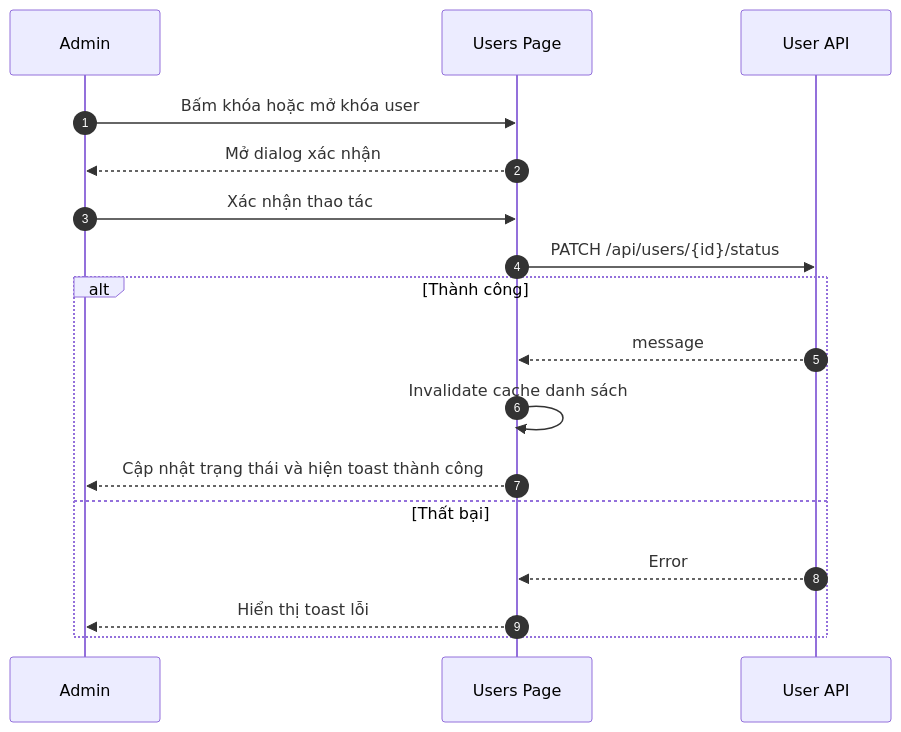
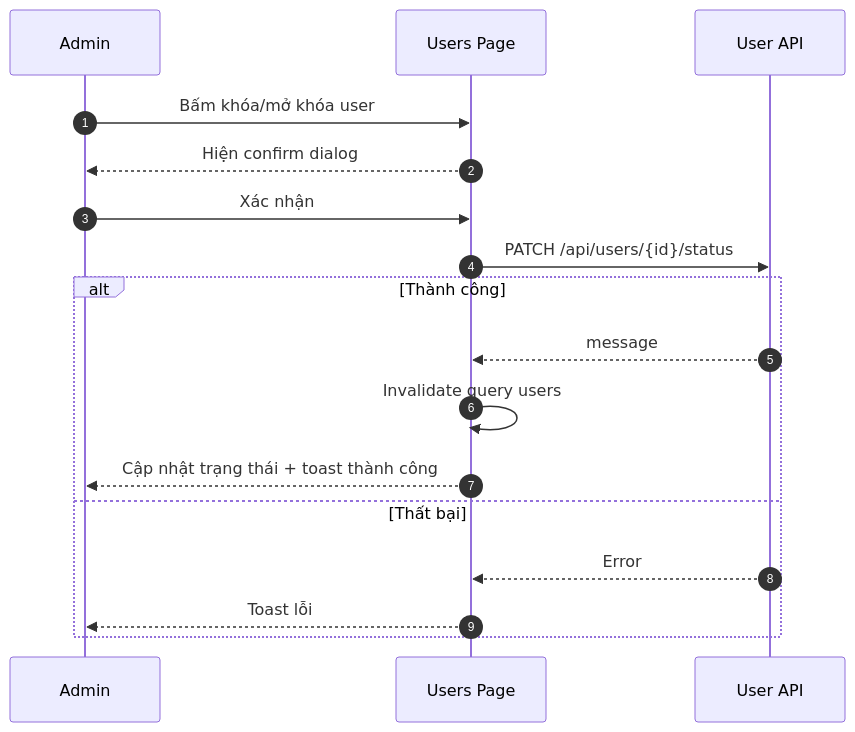
Diagram 14 of 24 in docs/sequence/flow-admin.md (sangnp-s-organiztion/food-market-narrator), drawn with Mermaid before and after one commit. The commit also changed other lines of this file and 3 other files, not shown here.

Commit message:
cập nhật flow-admin

````diff
--- a/docs/sequence/flow-admin.md
+++ b/docs/sequence/flow-admin.md
@@ -337,20 +289,20 @@
 ```mermaid
 sequenceDiagram
     autonumber
     participant U as Admin
     participant FE as Users Page
     participant USER as User API
 
-    U->>FE: Bấm khóa hoặc mở khóa user
-    FE-->>U: Mở dialog xác nhận
-    U->>FE: Xác nhận thao tác
+    U->>FE: Bấm khóa/mở khóa user
+    FE-->>U: Hiện confirm dialog
+    U->>FE: Xác nhận
     FE->>USER: PATCH /api/users/{id}/status
     alt Thành công
         USER-->>FE: message
-        FE->>FE: Invalidate cache danh sách
-        FE-->>U: Cập nhật trạng thái và hiện toast thành công
+        FE->>FE: Invalidate query users
+        FE-->>U: Cập nhật trạng thái + toast thành công
     else Thất bại
         USER-->>FE: Error
-        FE-->>U: Hiển thị toast lỗi
+        FE-->>U: Toast lỗi
     end
 ```
````
